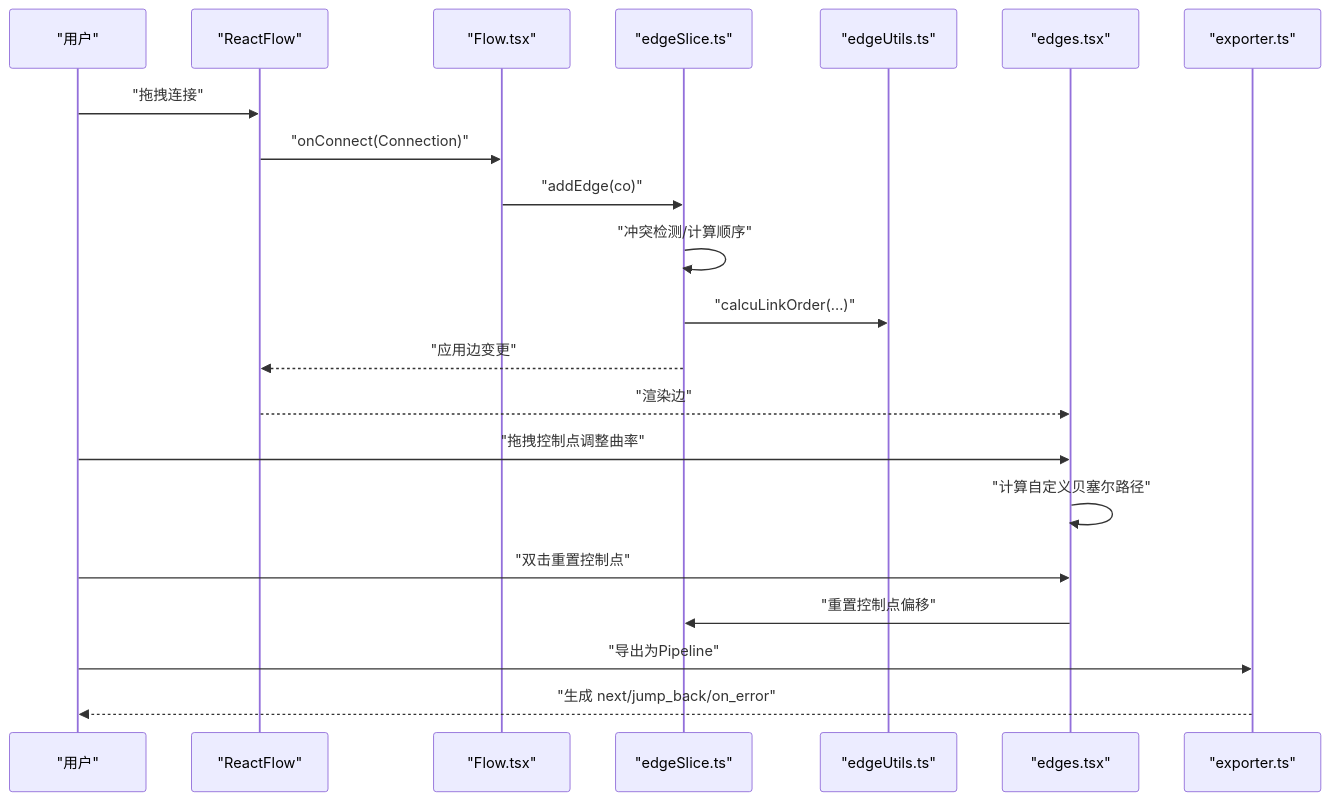
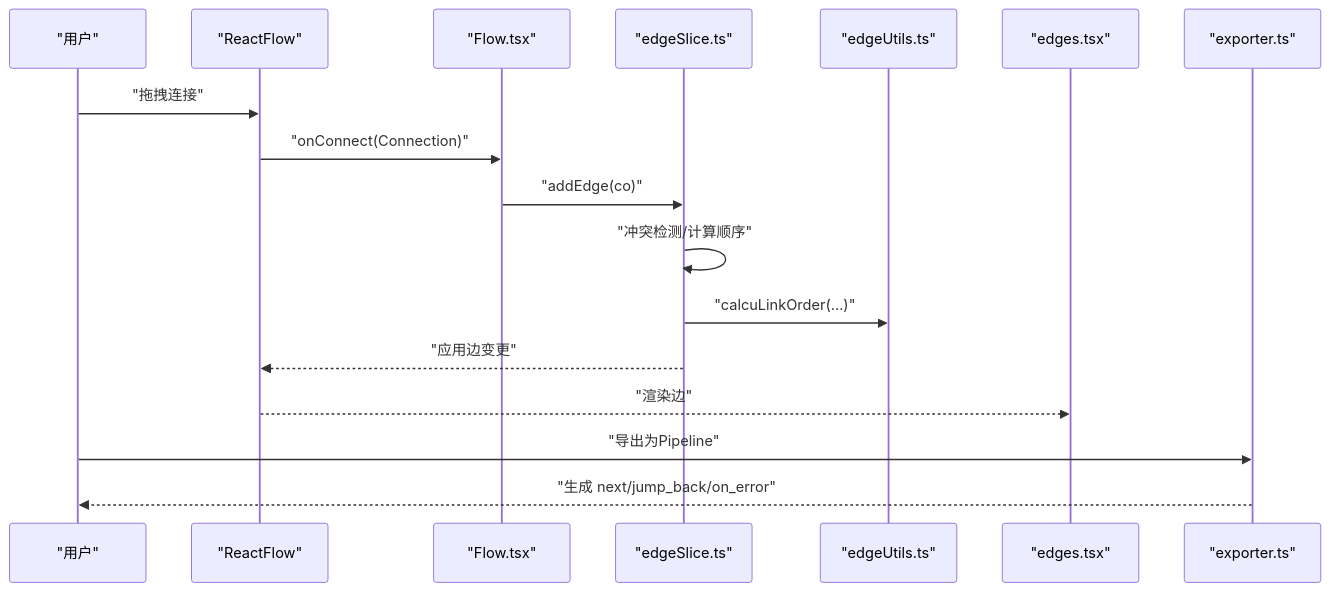
One commit to kqcoxn/MaaPipelineEditor changed the second of 10 diagrams in .qoder/repowiki/zh/content/核心概念/连接.md. Above: the diagram before and after it, drawn with Mermaid. The commit also changed other lines of this file and 5 other files, not shown here.

````diff
--- a/.qoder/repowiki/zh/content/核心概念/连接.md
+++ b/.qoder/repowiki/zh/content/核心概念/连接.md
@@ -138,23 +137,19 @@
 ```mermaid
 sequenceDiagram
 participant U as "用户"
 participant RF as "ReactFlow"
 participant F as "Flow.tsx"
 participant ES as "edgeSlice.ts"
 participant EU as "edgeUtils.ts"
 participant R as "edges.tsx"
 participant EX as "exporter.ts"
 U->>RF : "拖拽连接"
 RF->>F : "onConnect(Connection)"
 F->>ES : "addEdge(co)"
 ES->>ES : "冲突检测/计算顺序"
 ES->>EU : "calcuLinkOrder(...)"
 ES-->>RF : "应用边变更"
 RF-->>R : "渲染边"
-U->>R : "拖拽控制点调整曲率"
-R->>R : "计算自定义贝塞尔路径"
-U->>R : "双击重置控制点"
-R->>ES : "重置控制点偏移"
 U->>EX : "导出为Pipeline"
 EX-->>U : "生成 next/jump_back/on_error"
 ```
````
